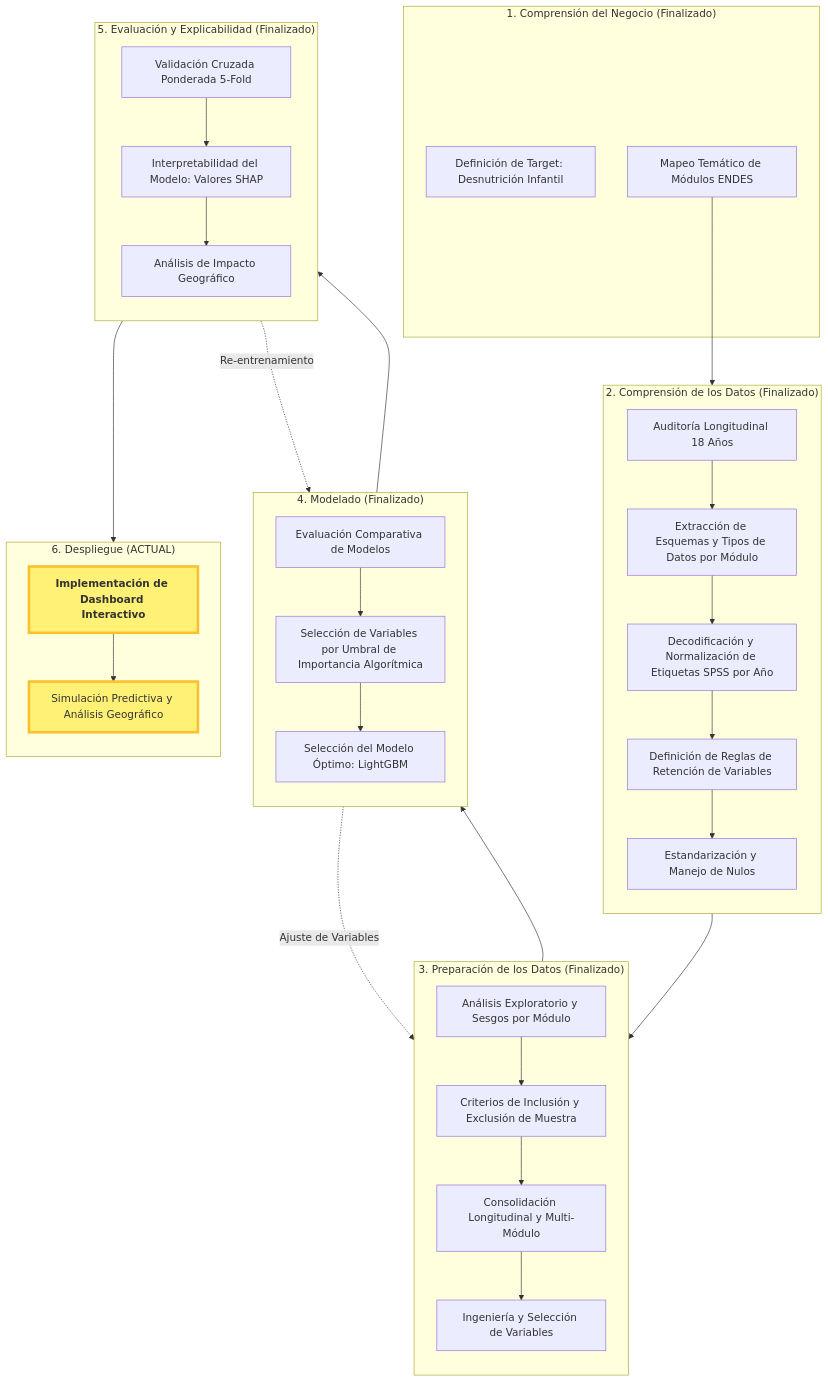
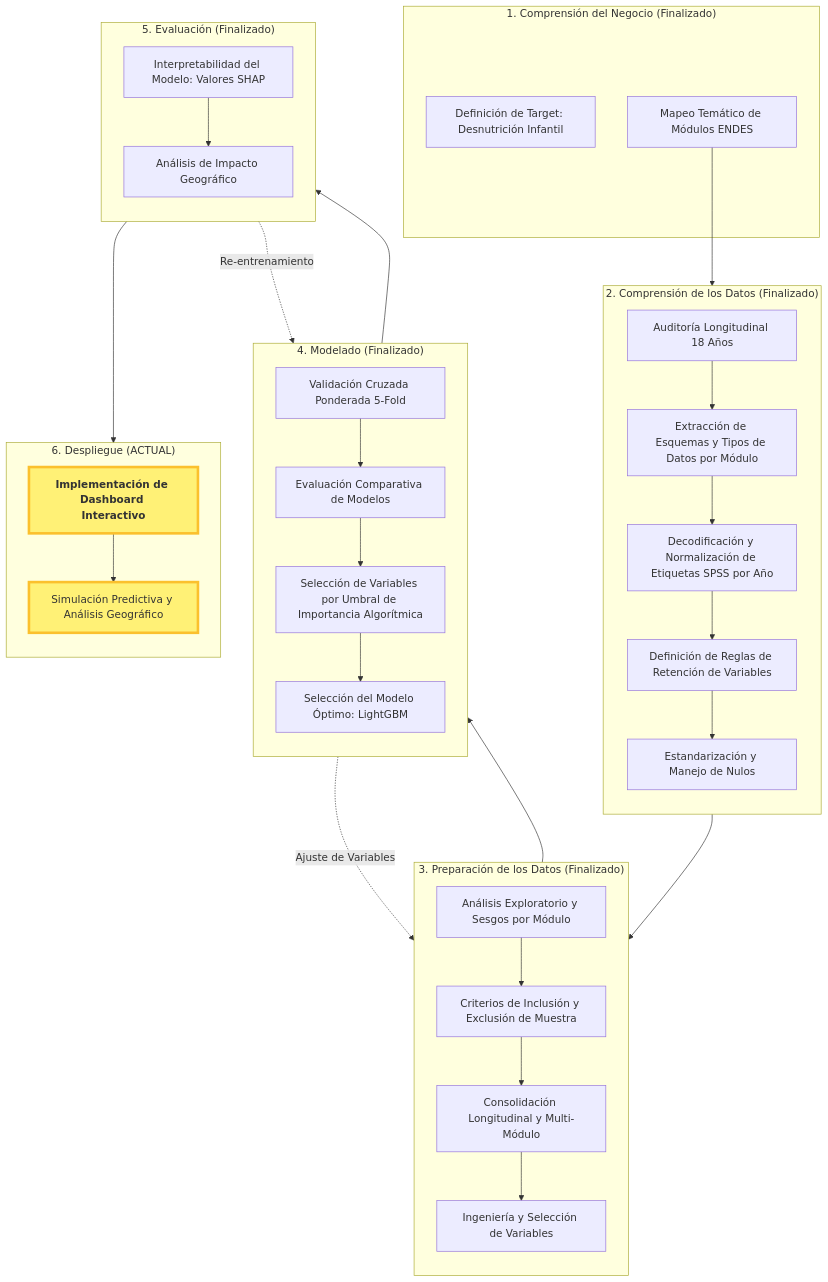
One commit to abelguevara-upeu/malnutrition-research changed the diagram in references/fases-simple.mmd. Above: the diagram before and after it, drawn with Mermaid. The commit also changed 1 other file, not shown here.

Commit message:
docs: add visualization of class imbalance and leakage to data understanding and update research phase workflow diagram

```diff
--- a/references/fases-simple.mmd
+++ b/references/fases-simple.mmd
@@ -1,77 +1,77 @@
 %% ---
 %% config:
 %%   layout: elk
 %% ---
 graph TD
     %% Fase 1 (CRISP-DM: Business Understanding)
     subgraph "1. Comprensión del Negocio (Finalizado)"
         A1[Definición de Target: Desnutrición Infantil]
         A2[Mapeo Temático de Módulos ENDES]
     end
 
     %% Fase 2 (CRISP-DM: Data Understanding)
     subgraph "2. Comprensión de los Datos (Finalizado)"
         direction TB
         B1[Auditoría Longitudinal 18 Años]
         B2[Extracción de Esquemas y Tipos de Datos por Módulo]
         B3[Decodificación y Normalización de Etiquetas SPSS por Año]
         B4[Definición de Reglas de Retención de Variables]
         B5[Estandarización y Manejo de Nulos]
 
         B1 --> B2 --> B3 --> B4 --> B5
     end
 
     %% Fase 3 (CRISP-DM: Data Preparation)
     subgraph "3. Preparación de los Datos (Finalizado)"
         direction TB
         C1[Análisis Exploratorio y Sesgos por Módulo]
         C3[Criterios de Inclusión y Exclusión de Muestra]
         C2[Consolidación Longitudinal y Multi-Módulo]
         C4[Ingeniería y Selección de Variables]
 
         C1 --> C3 --> C2 --> C4
     end
 
     %% Fase 4 (CRISP-DM: Modeling)
     subgraph "4. Modelado (Finalizado)"
         direction TB
+        D0[Validación Cruzada Ponderada 5-Fold]
         D1[Evaluación Comparativa de Modelos]
         D2[Selección de Variables por Umbral de Importancia Algorítmica]
         D3[Selección del Modelo Óptimo: LightGBM]
 
-        D1 --> D2 --> D3
+        D0 --> D1 --> D2 --> D3
     end
 
     %% Fase 5 (CRISP-DM: Evaluation)
-    subgraph "5. Evaluación y Explicabilidad (Finalizado)"
+    subgraph "5. Evaluación (Finalizado)"
         direction TB
-        E1[Validación Cruzada Ponderada 5-Fold]
         E2[Interpretabilidad del Modelo: Valores SHAP]
         E3[Análisis de Impacto Geográfico]
-        
-        E1 --> E2 --> E3
+
+        E2 --> E3
     end
 
     %% Fase 6 (CRISP-DM: Deployment)
     subgraph "6. Despliegue (ACTUAL)"
         direction TB
         F1[<b>Implementación de Dashboard Interactivo</b>]
         F2[Simulación Predictiva y Análisis Geográfico]
         
         F1 --> F2
     end
 
     %% --- CONEXIONES GLOBALES ---
     A2 --> B1
     B5 --> C1
     C4 --> D1
-    D3 --> E1
+    D3 --> E2
     E3 --> F1
 
     %% --- LOOPS E ITERACIONES CRISP-DM ---
     D1 -. "Ajuste de Variables" .-> C4
-    E1 -. "Re-entrenamiento" .-> D1
+    E2 -. "Re-entrenamiento" .-> D1
 
     %% ESTILOS (El foco de trabajo actual)
     style F1 fill:#fff176,stroke:#fbc02d,stroke-width:4px
     style F2 fill:#fff176,stroke:#fbc02d,stroke-width:4px
```
